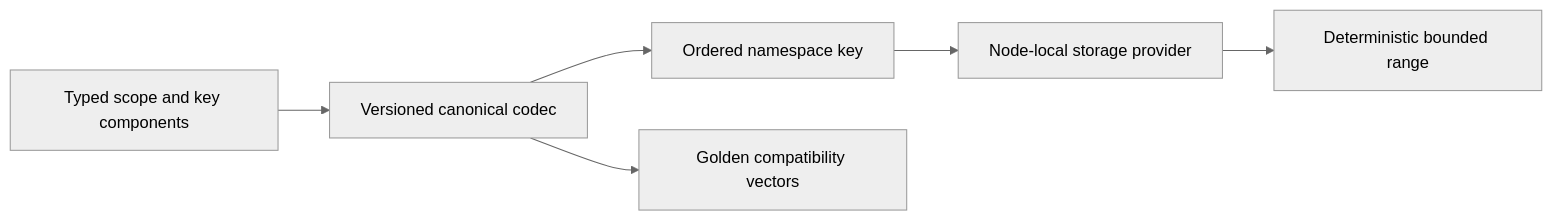
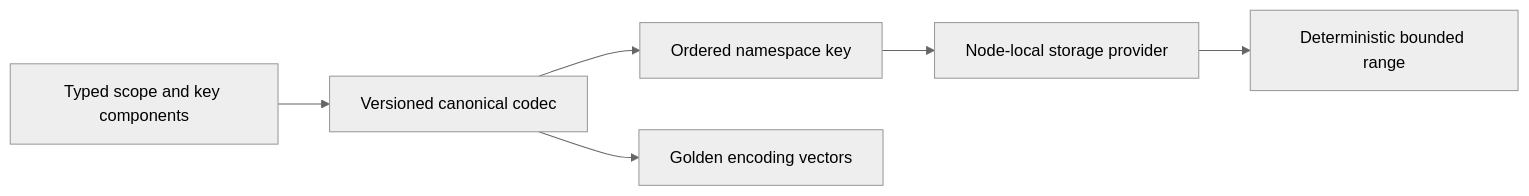
Before and after one commit to managedcode/KeyLoad: the diagram in docs/ADR/ADR-005-canonical-keyspace-codec.md, drawn with Mermaid (neutral theme). The commit also changed other lines of this file and 440 other files, not shown here.

````diff
--- a/docs/ADR/ADR-005-canonical-keyspace-codec.md
+++ b/docs/ADR/ADR-005-canonical-keyspace-codec.md
@@ -27,8 +27,8 @@
 ```mermaid
 flowchart LR
     Parts[Typed scope and key components] --> Codec[Versioned canonical codec]
     Codec --> Key[Ordered namespace key]
     Key --> Store[Node-local storage provider]
     Store --> Range[Deterministic bounded range]
-    Codec --> Golden[Golden compatibility vectors]
+    Codec --> Golden[Golden encoding vectors]
 ```
````
